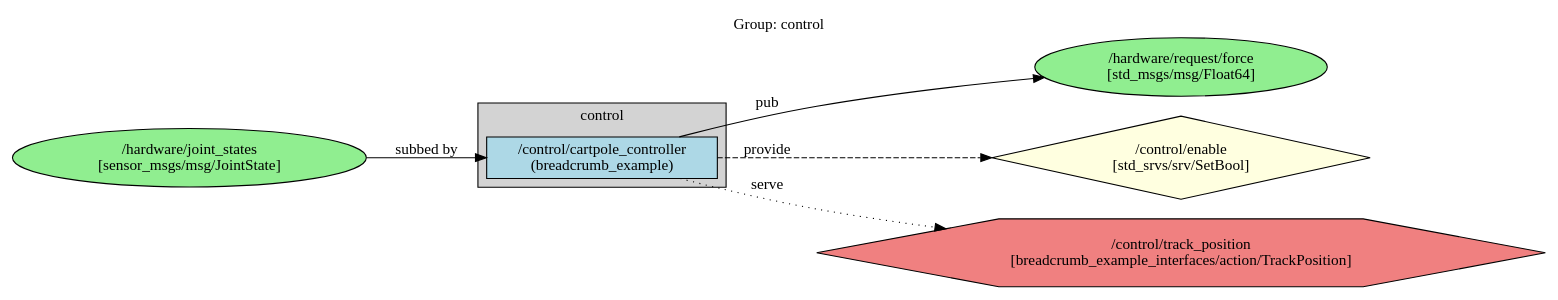
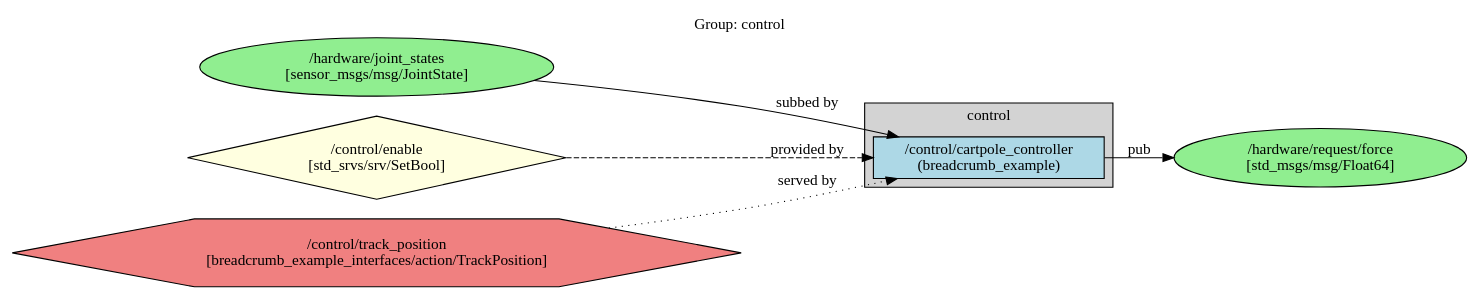
One commit to greenforge-labs/breadcrumb changed the diagram in breadcrumb_example/ros_graphs/graph_group_control.dot. Above: the diagram before and after it, drawn with Graphviz. The commit also changed 8 other files, not shown here.

First line of the commit message:
update the graph to reflect "Data flow"

```diff
--- a/breadcrumb_example/ros_graphs/graph_group_control.dot
+++ b/breadcrumb_example/ros_graphs/graph_group_control.dot
@@ -1,36 +1,36 @@
 digraph ROS2Group_control {
   rankdir=LR;
   node [shape=box];
   label="Group: control";
   labelloc=t;
 
   subgraph cluster_control {
     label="control";
     style=filled;
     fillcolor=lightgrey;
 
     // Group Nodes
     "/control/cartpole_controller" [label="/control/cartpole_controller\n(breadcrumb_example)", style=filled, fillcolor=lightblue];
   }
 
   // External Topics
   "/hardware/joint_states" [label="/hardware/joint_states\n[sensor_msgs/msg/JointState]", shape=ellipse, style=filled, fillcolor=lightgreen];
   "/hardware/request/force" [label="/hardware/request/force\n[std_msgs/msg/Float64]", shape=ellipse, style=filled, fillcolor=lightgreen];
 
   // External Services
   "/control/enable" [label="/control/enable\n[std_srvs/srv/SetBool]", shape=diamond, style=filled, fillcolor=lightyellow];
 
   // External Actions
   "/control/track_position" [label="/control/track_position\n[breadcrumb_example_interfaces/action/TrackPosition]", shape=hexagon, style=filled, fillcolor=lightcoral];
 
   // External Topic Edges
   "/hardware/joint_states" -> "/control/cartpole_controller" [label="subbed by"];
   "/control/cartpole_controller" -> "/hardware/request/force" [label="pub"];
 
   // External Service Edges
-  "/control/cartpole_controller" -> "/control/enable" [label="provide", style=dashed];
+  "/control/enable" -> "/control/cartpole_controller" [label="provided by", style=dashed];
 
   // External Action Edges
-  "/control/cartpole_controller" -> "/control/track_position" [label="serve", style=dotted];
+  "/control/track_position" -> "/control/cartpole_controller" [label="served by", style=dotted];
 
 }
```
